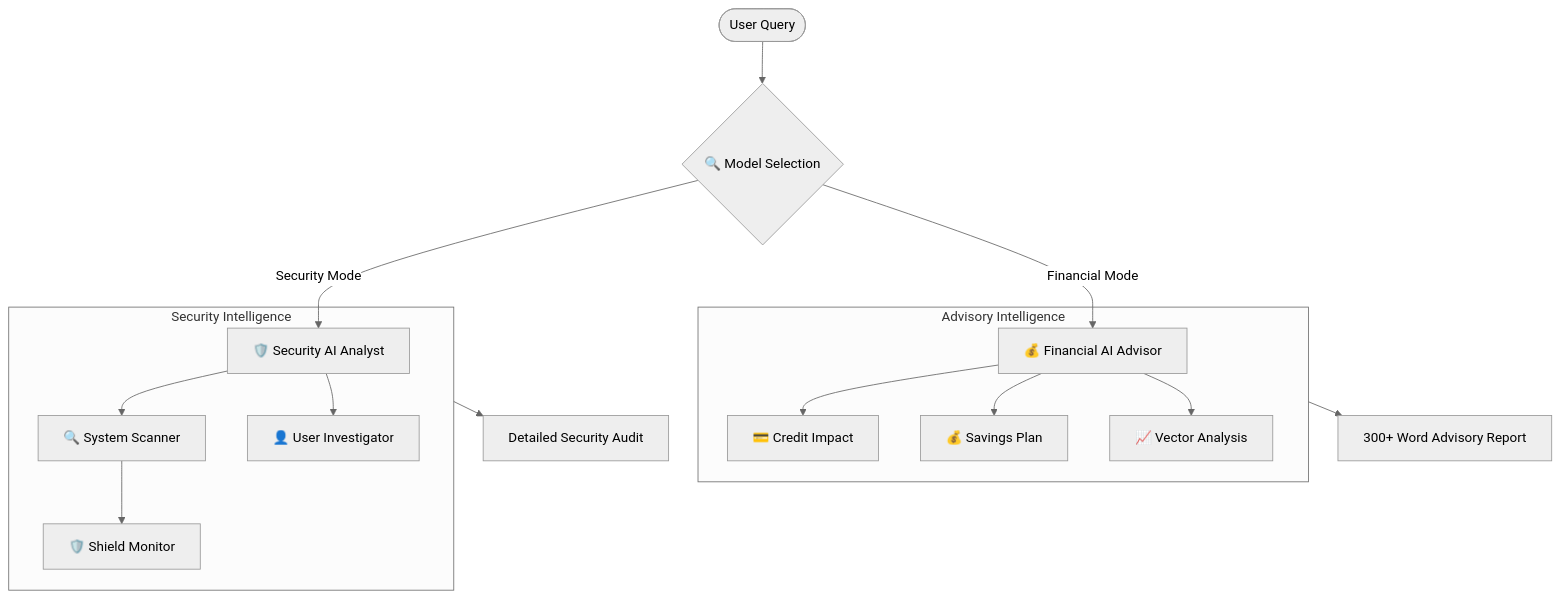
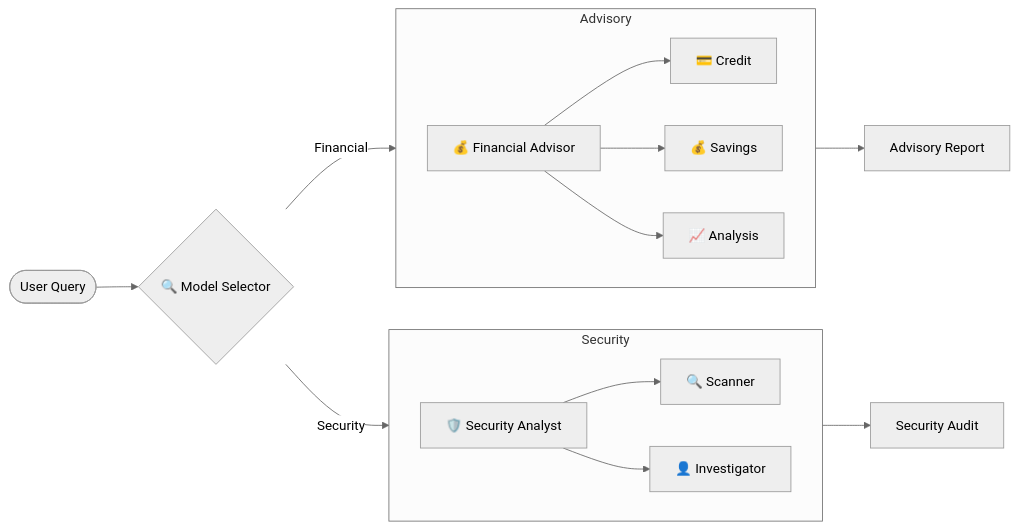
Before and after one commit to ladkrutarth/MultiAgentSecurityShield-: the second of 5 diagrams in README.md, drawn with Mermaid (neutral theme). The commit also changed other lines of this file, not shown here.

Commit message:
Docs: Refactor Mermaid architecture diagrams to fix text overlapping

````diff
--- a/README.md
+++ b/README.md
@@ -124,22 +118,23 @@
 ```mermaid
-graph TD
-    User([User Query]) --> ModelSelector{🔍 Model Selection}
+graph LR
+    User([User Query]) --> ModelSelector{🔍 Model Selector}
     
-    ModelSelector -->|Security Mode| SecAnalyst[🛡️ Security AI Analyst]
-    ModelSelector -->|Financial Mode| FinAdvisor[💰 Financial AI Advisor]
+    ModelSelector -->|Security| SecAnalyst[🛡️ Security Analyst]
+    ModelSelector -->|Financial| FinAdvisor[💰 Financial Advisor]
 
-    subgraph Security_Domain [Security Intelligence]
-        SecAnalyst --> Scanner[🔍 System Scanner]
-        SecAnalyst --> Profile[👤 User Investigator]
-        Scanner --> Shield[🛡️ Shield Monitor]
+    subgraph Security_Domain [Security]
+        direction LR
+        SecAnalyst --> Scanner[🔍 Scanner]
+        SecAnalyst --> Profile[👤 Investigator]
     end
 
-    subgraph Financial_Domain [Advisory Intelligence]
-        FinAdvisor --> Credit[💳 Credit Impact]
-        FinAdvisor --> Savings[💰 Savings Plan]
-        FinAdvisor --> Vector[📈 Vector Analysis]
+    subgraph Financial_Domain [Advisory]
+        direction LR
+        FinAdvisor --> Credit[💳 Credit]
+        FinAdvisor --> Savings[💰 Savings]
+        FinAdvisor --> Analysis[📈 Analysis]
     end
 
-    Security_Domain --> Report[Detailed Security Audit]
-    Financial_Domain --> Report2[300+ Word Advisory Report]
+    Security_Domain --> Report[Security Audit]
+    Financial_Domain --> Report2[Advisory Report]
 ```
````
